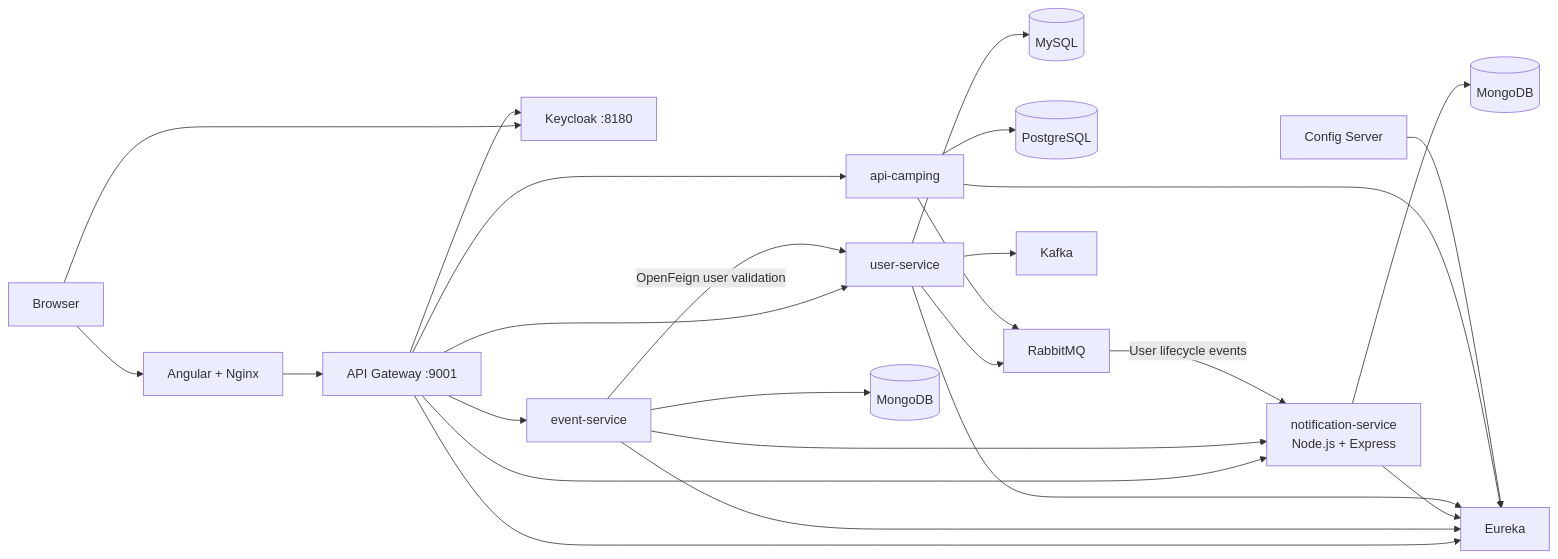
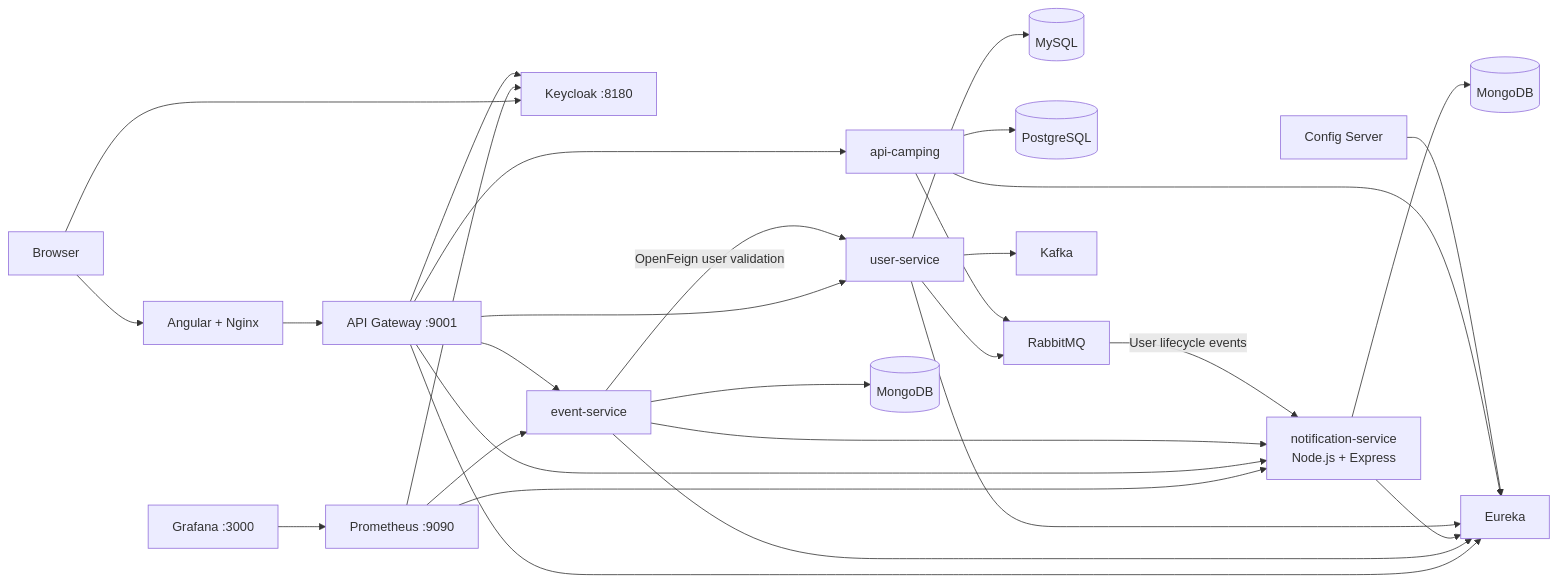
The diagram in README.md (leaderscampconnect/campconnect-deployment), drawn with Mermaid before and after one commit. The commit also changed other lines of this file and 12 other files, not shown here.

````diff
--- a/README.md
+++ b/README.md
@@ -9,27 +9,31 @@
 ```mermaid
 flowchart LR
     Browser --> Frontend[Angular + Nginx]
     Frontend --> Gateway[API Gateway :9001]
     Browser --> Keycloak[Keycloak :8180]
+    Prometheus[Prometheus :9090] --> Events
+    Prometheus --> Notifications
+    Prometheus --> Keycloak
+    Grafana[Grafana :3000] --> Prometheus
     Gateway --> Keycloak
     Gateway --> Events[event-service]
     Gateway --> Notifications[notification-service<br/>Node.js + Express]
     Gateway --> Users[user-service]
     Gateway --> Camping[api-camping]
     Events --> Notifications
     Events -- OpenFeign user validation --> Users
     Events --> EventMongo[(MongoDB)]
     Notifications --> NotificationMongo[(MongoDB)]
     Users --> MySQL[(MySQL)]
     Camping --> Postgres[(PostgreSQL)]
     Users --> RabbitMQ
     RabbitMQ -- User lifecycle events --> Notifications
     Camping --> RabbitMQ
     Users --> Kafka
     Gateway --> Eureka
     Events --> Eureka
     Notifications --> Eureka
     Users --> Eureka
     Camping --> Eureka
     Config[Config Server] --> Eureka
 ```
````
